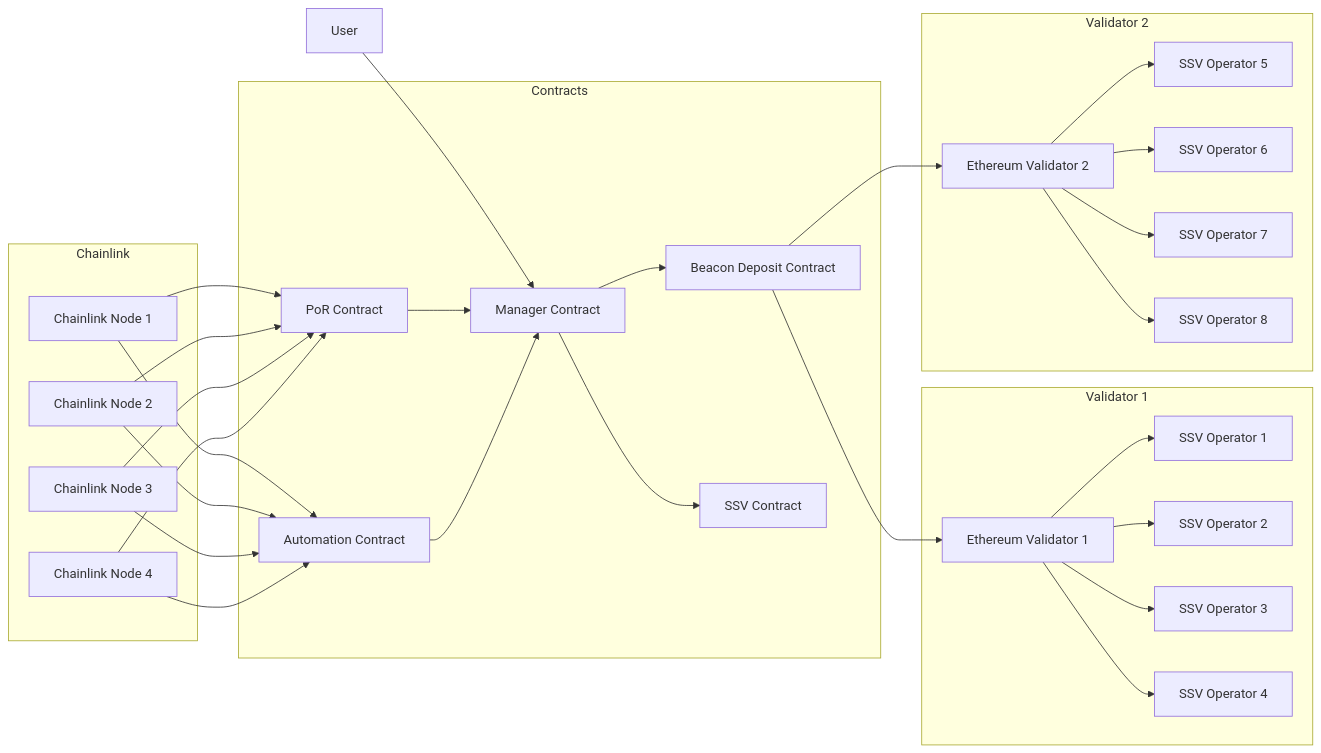
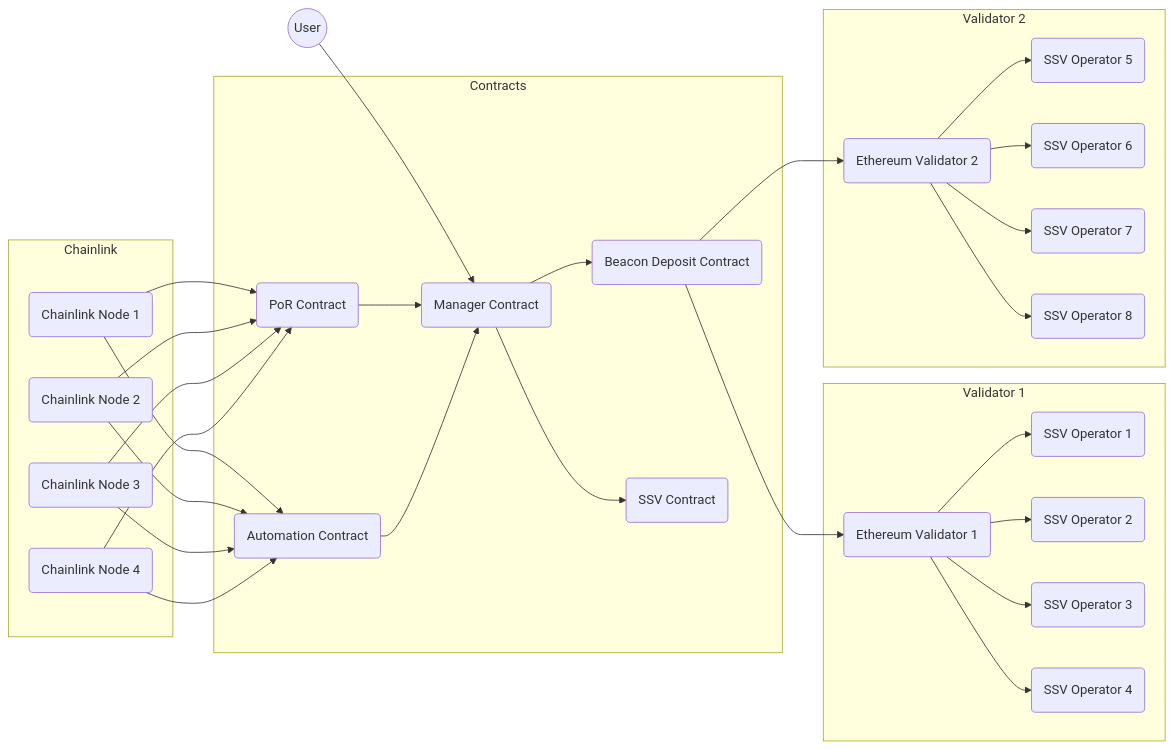
Before and after one commit to consensusnetworks/casimir: the diagram in contracts/ethereum/README.md, drawn with Mermaid.

Commit message:
Change graph node shapes

````diff
--- a/contracts/ethereum/README.md
+++ b/contracts/ethereum/README.md
@@ -9,52 +9,52 @@
 ```mermaid
 graph LR
     subgraph Contracts
-        B[Manager Contract]
-        C[Beacon Deposit Contract]
-        D[SSV Contract]
-        G[PoR Contract]
-        H[Automation Contract]
+        B(Manager Contract)
+        C(Beacon Deposit Contract)
+        D(SSV Contract)
+        G(PoR Contract)
+        H(Automation Contract)
     end
 
-    A[User] --> B
+    A((User)) --> B
 
     B --> C
     B --> D
 
-    C --> E1[Ethereum Validator 1]
-    C --> E2[Ethereum Validator 2]
+    C --> E1(Ethereum Validator 1)
+    C --> E2(Ethereum Validator 2)
 
     subgraph Validator 1
-        E1 --> F11[SSV Operator 1]
-        E1 --> F12[SSV Operator 2]
-        E1 --> F13[SSV Operator 3]
-        E1 --> F14[SSV Operator 4]
+        E1 --> F11(SSV Operator 1)
+        E1 --> F12(SSV Operator 2)
+        E1 --> F13(SSV Operator 3)
+        E1 --> F14(SSV Operator 4)
     end
     
     subgraph Validator 2
-        E2 --> F21[SSV Operator 5]
-        E2 --> F22[SSV Operator 6]
-        E2 --> F23[SSV Operator 7]
-        E2 --> F24[SSV Operator 8]
+        E2 --> F21(SSV Operator 5)
+        E2 --> F22(SSV Operator 6)
+        E2 --> F23(SSV Operator 7)
+        E2 --> F24(SSV Operator 8)
     end
 
     G --> B
     H --> B
     
     subgraph Chainlink
-        I1[Chainlink Node 1]
-        I2[Chainlink Node 2]
-        I3[Chainlink Node 3]
-        I4[Chainlink Node 4]
+        I1(Chainlink Node 1)
+        I2(Chainlink Node 2)
+        I3(Chainlink Node 3)
+        I4(Chainlink Node 4)
     end
 
-    I1[Chainlink Node 1] --> G
-    I2[Chainlink Node 2] --> G
-    I3[Chainlink Node 3] --> G
-    I4[Chainlink Node 4] --> G
+    I1(Chainlink Node 1) --> G
+    I2(Chainlink Node 2) --> G
+    I3(Chainlink Node 3) --> G
+    I4(Chainlink Node 4) --> G
     
     I1 --> H
     I2 --> H
     I3 --> H
     I4 --> H
 ```
````
